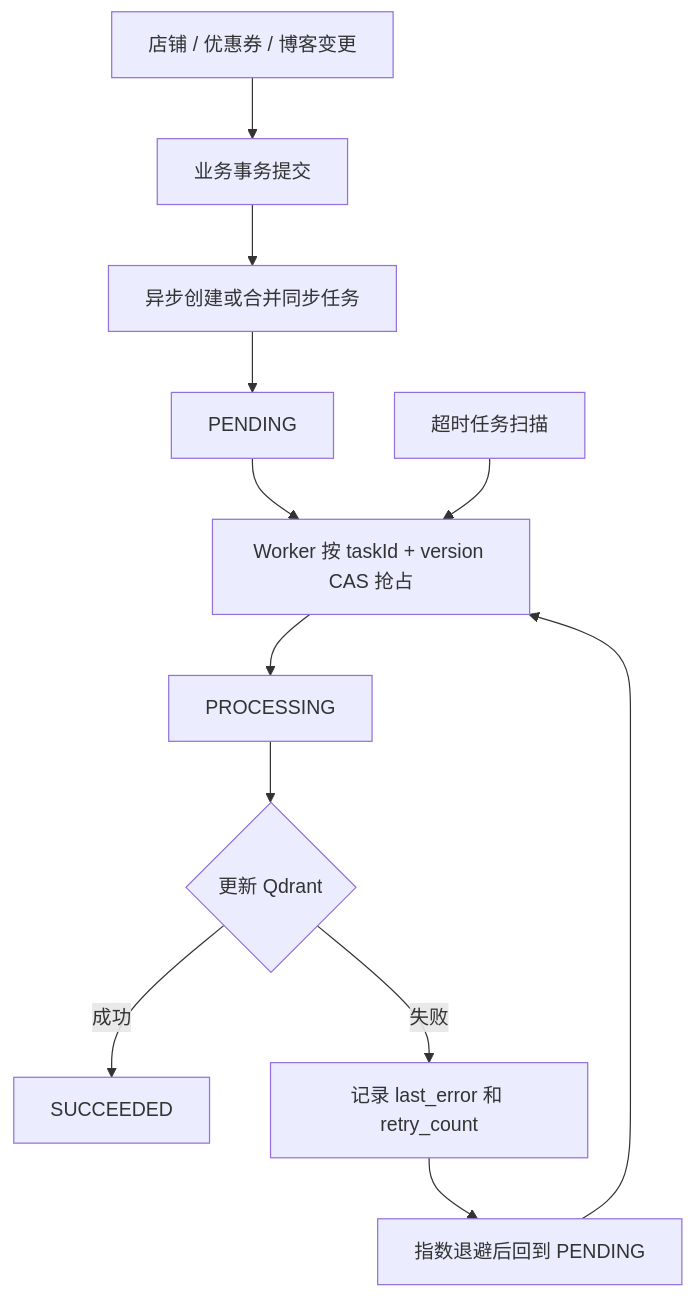
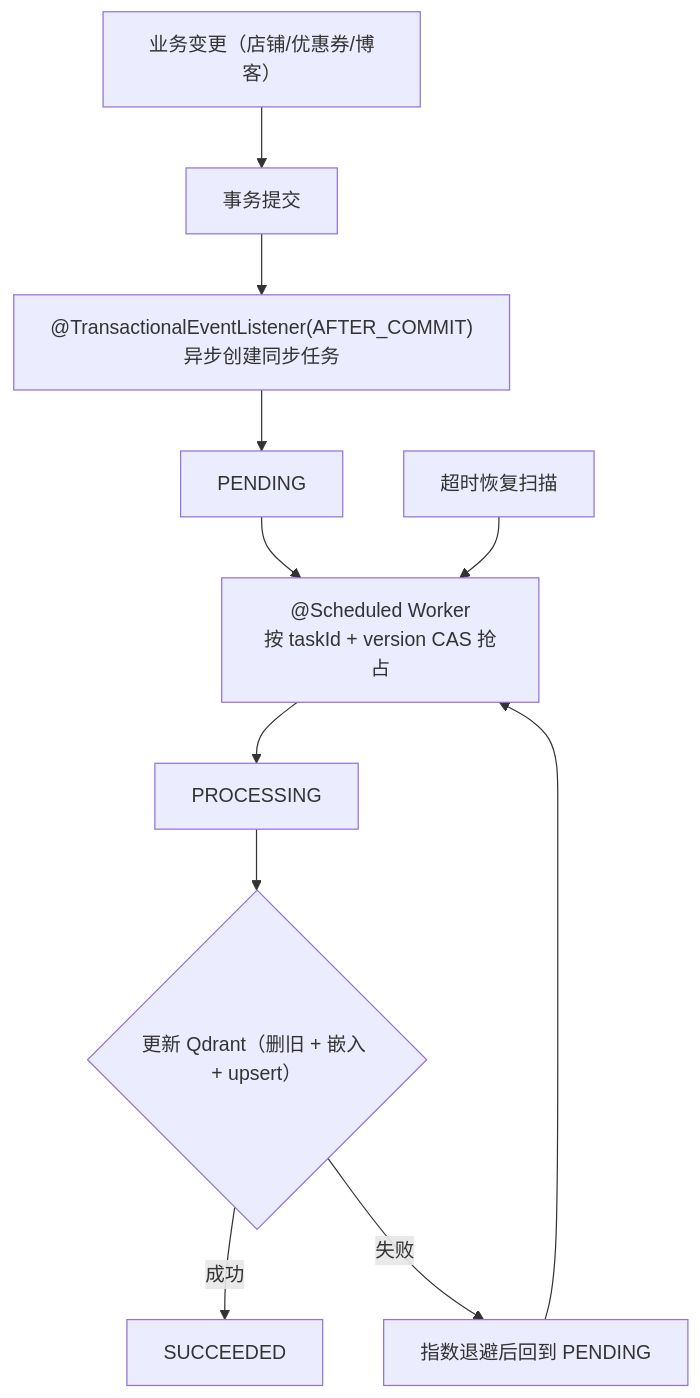
One commit to llyyyq/niche-review changed the fifth of 5 diagrams in README.md. Above: the diagram before and after it, drawn with Mermaid. The commit also changed other lines of this file and 44 other files, not shown here.

````diff
--- a/README.md
+++ b/README.md
@@ -188,14 +248,13 @@
 ```mermaid
 flowchart TD
-    A["店铺 / 优惠券 / 博客变更"] --> B["业务事务提交"]
-    B --> C["异步创建或合并同步任务"]
+    A["业务变更（店铺/优惠券/博客）"] --> B["事务提交"]
+    B --> C["@TransactionalEventListener(AFTER_COMMIT)\n异步创建同步任务"]
     C --> D["PENDING"]
-    D --> E["Worker 按 taskId + version CAS 抢占"]
+    D --> E["@Scheduled Worker\n按 taskId + version CAS 抢占"]
     E --> F["PROCESSING"]
-    F --> G{"更新 Qdrant"}
+    F --> G{"更新 Qdrant（删旧 + 嵌入 + upsert）"}
     G -- "成功" --> H["SUCCEEDED"]
-    G -- "失败" --> I["记录 last_error 和 retry_count"]
-    I --> J["指数退避后回到 PENDING"]
-    J --> E
-    K["超时任务扫描"] --> E
+    G -- "失败" --> I["指数退避后回到 PENDING"]
+    I --> E
+    K["超时恢复扫描"] --> E
 ```
````
